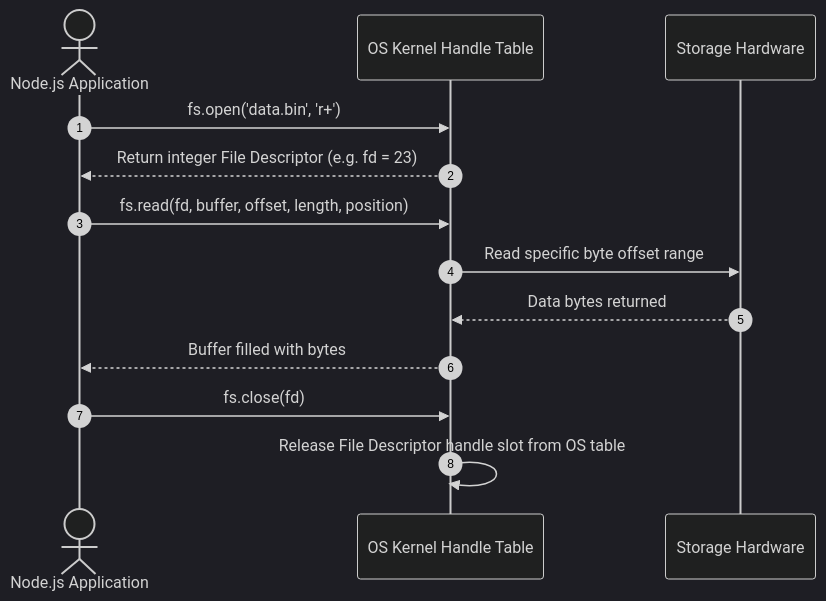
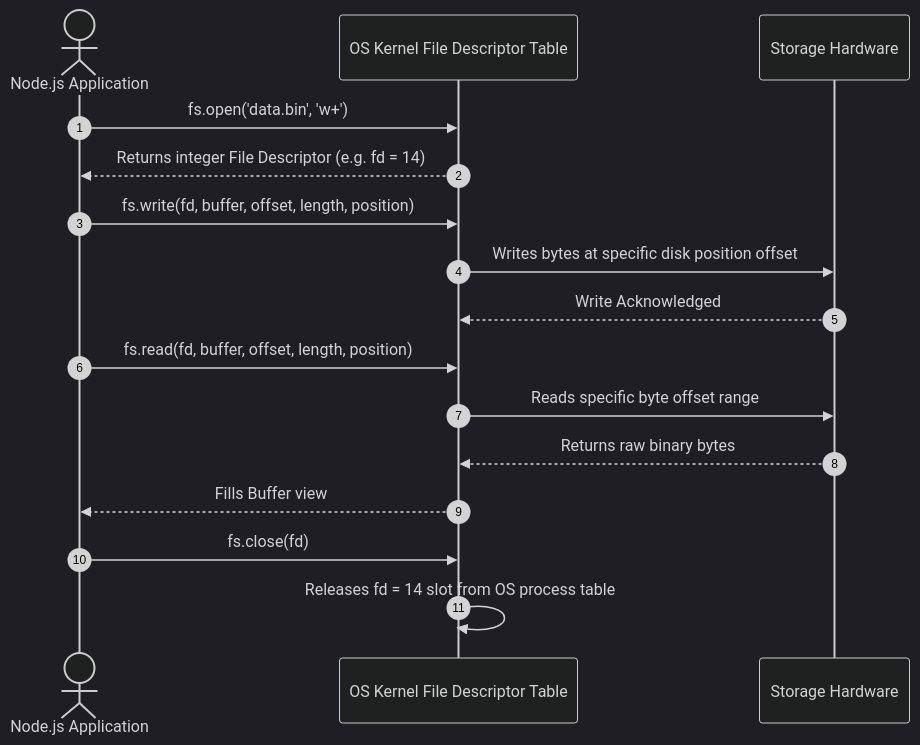
One commit to Amie-dev/engineering-playbook changed the first of 2 diagrams in nodejs-notes/08-fs-advanced.md. Above: the diagram before and after it, drawn with Mermaid (dark theme). The commit also changed other lines of this file and 31 other files, not shown here.

````diff
--- a/nodejs-notes/08-fs-advanced.md
+++ b/nodejs-notes/08-fs-advanced.md
@@ -15,18 +17,22 @@
 ```mermaid
 sequenceDiagram
     autonumber
     actor App as Node.js Application
-    participant Kernel as OS Kernel Handle Table
+    participant Kernel as OS Kernel File Descriptor Table
     participant Disk as Storage Hardware
 
-    App->>Kernel: fs.open('data.bin', 'r+')
-    Kernel-->>App: Return integer File Descriptor (e.g. fd = 23)
+    App->>Kernel: fs.open('data.bin', 'w+')
+    Kernel-->>App: Returns integer File Descriptor (e.g. fd = 14)
+    
+    App->>Kernel: fs.write(fd, buffer, offset, length, position)
+    Kernel->>Disk: Writes bytes at specific disk position offset
+    Disk-->>Kernel: Write Acknowledged
     
     App->>Kernel: fs.read(fd, buffer, offset, length, position)
-    Kernel->>Disk: Read specific byte offset range
-    Disk-->>Kernel: Data bytes returned
-    Kernel-->>App: Buffer filled with bytes
+    Kernel->>Disk: Reads specific byte offset range
+    Disk-->>Kernel: Returns raw binary bytes
+    Kernel-->>App: Fills Buffer view
     
     App->>Kernel: fs.close(fd)
-    Kernel->>Kernel: Release File Descriptor handle slot from OS table
+    Kernel->>Kernel: Releases fd = 14 slot from OS process table
 ```
````
